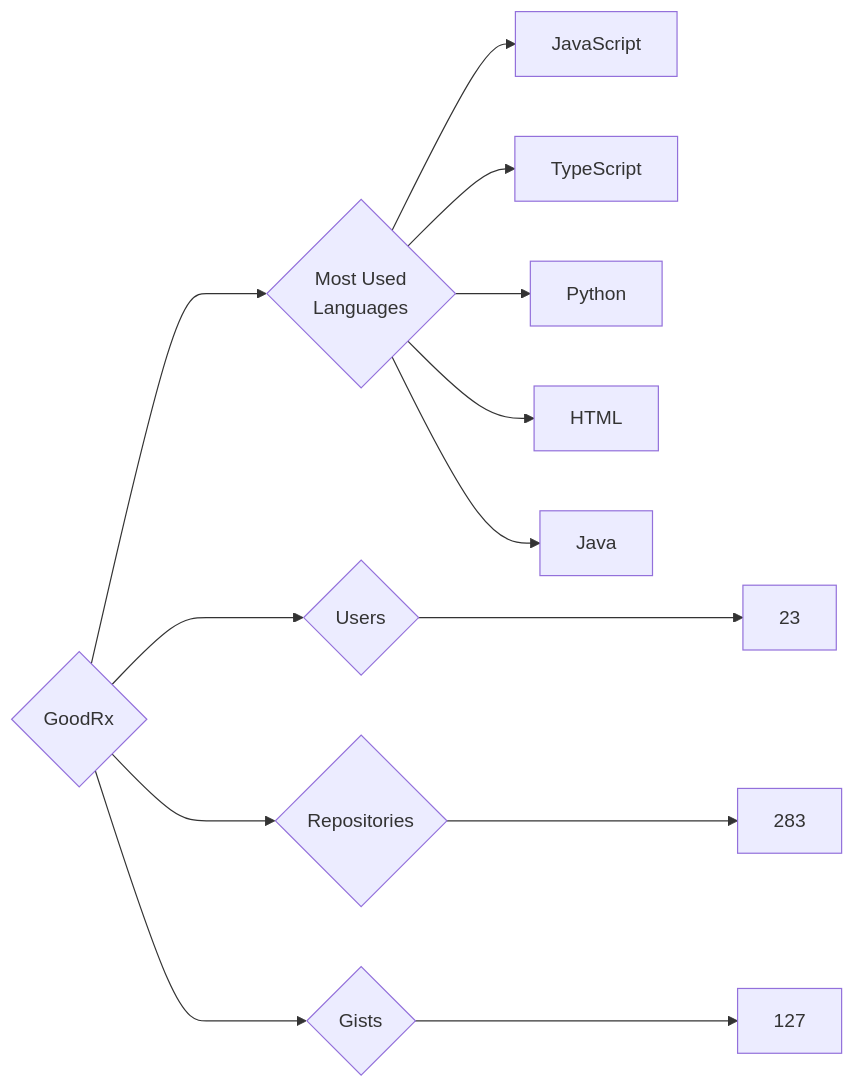
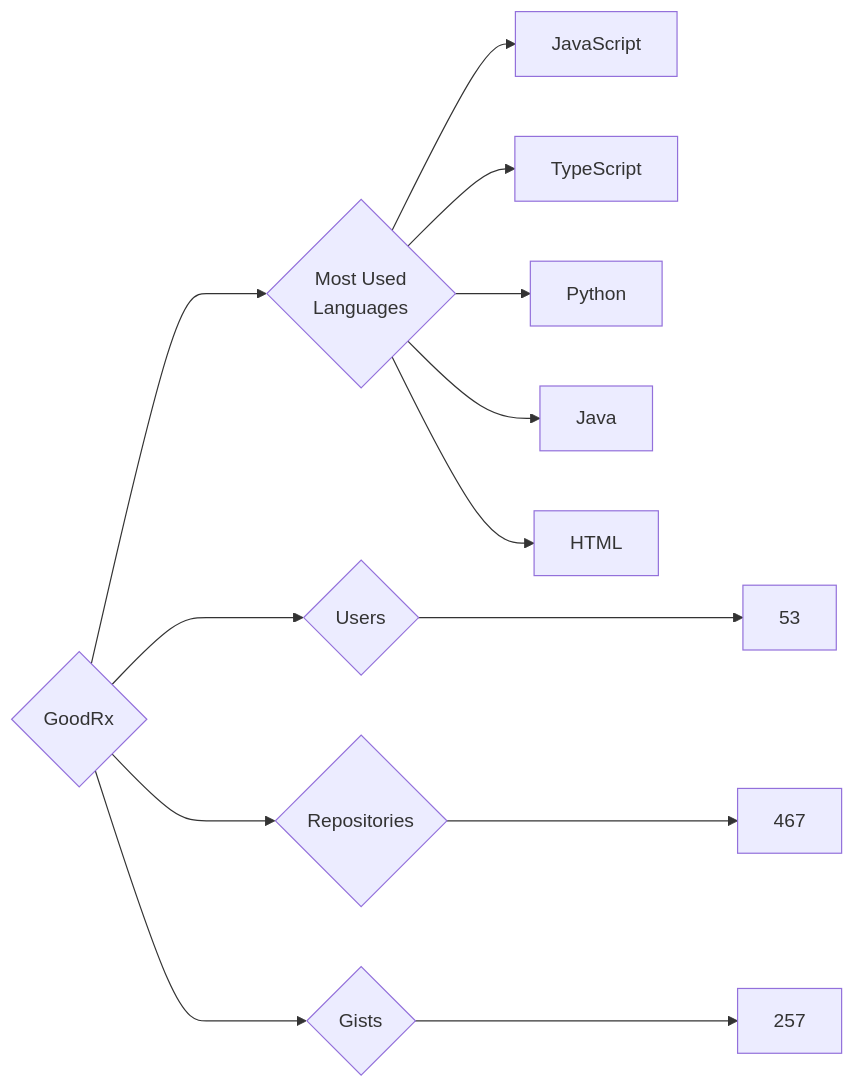
One commit to trickest/insiders changed the diagram in targets/GoodRx/README.md. Above: the diagram before and after it, drawn with Mermaid. The commit also changed 723 other files, not shown here.

````diff
--- a/targets/GoodRx/README.md
+++ b/targets/GoodRx/README.md
@@ -3,13 +3,13 @@
 ```mermaid
 graph LR
 COMPANY_NAME{GoodRx}
-COMPANY_NAME ---> U{Users} ---> UN[23]
-COMPANY_NAME ---> R{Repositories} ---> RN[283]
-COMPANY_NAME ---> G{Gists} ---> GN[127]
+COMPANY_NAME ---> U{Users} ---> UN[53]
+COMPANY_NAME ---> R{Repositories} ---> RN[467]
+COMPANY_NAME ---> G{Gists} ---> GN[257]
 COMPANY_NAME ---> ML{Most Used<br>Languages}
 ML --> JavaScript[JavaScript]
 ML --> TypeScript[TypeScript]
 ML --> Python[Python]
+ML --> Java[Java]
 ML --> HTML[HTML]
-ML --> Java[Java]
 ```
````
